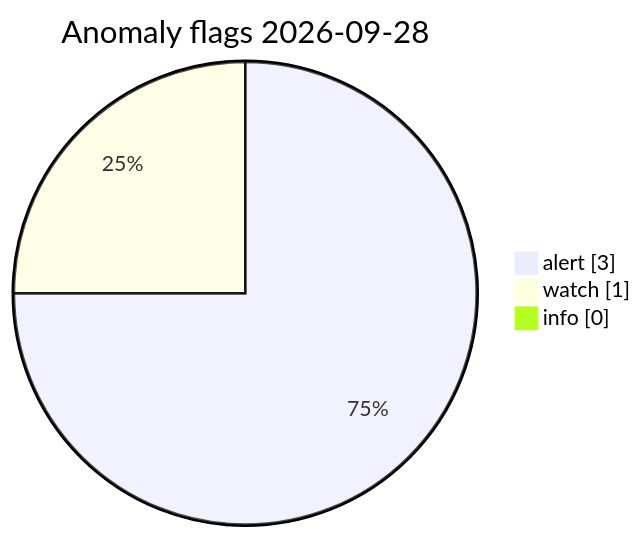
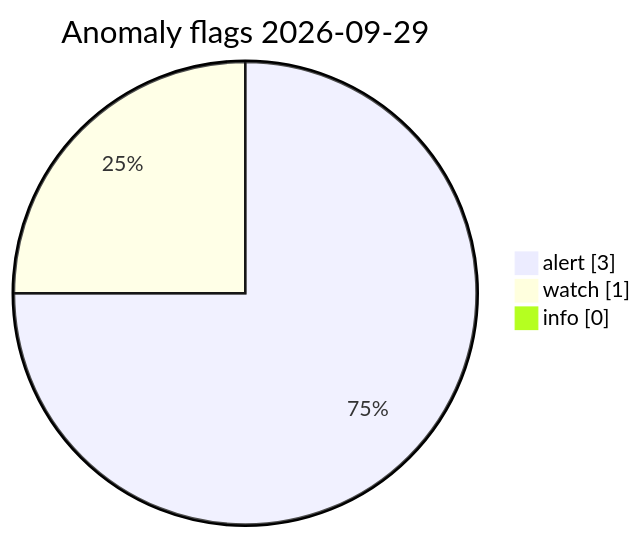
Before and after one commit to Midwest-Stratospheric/Unified-Open-Global-Weather: the diagram in visuals/latest/CHARTS.md, drawn with Mermaid. The commit also changed other lines of this file and 11 other files, not shown here.

Commit message:
data(visuals): automated charts 2026-09-29T12:57Z

````diff
--- a/visuals/latest/CHARTS.md
+++ b/visuals/latest/CHARTS.md
@@ -73,7 +73,7 @@
 ```mermaid
 pie showData
-  title Anomaly flags 2026-09-28
+  title Anomaly flags 2026-09-29
   "alert" : 3
   "watch" : 1
   "info" : 0
 ```
````
